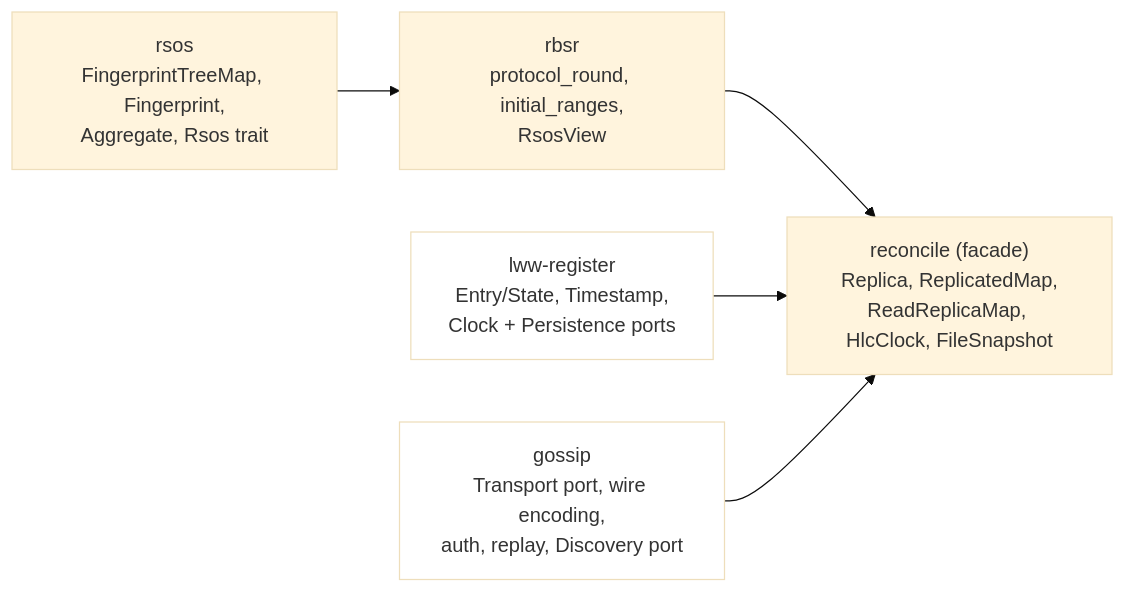
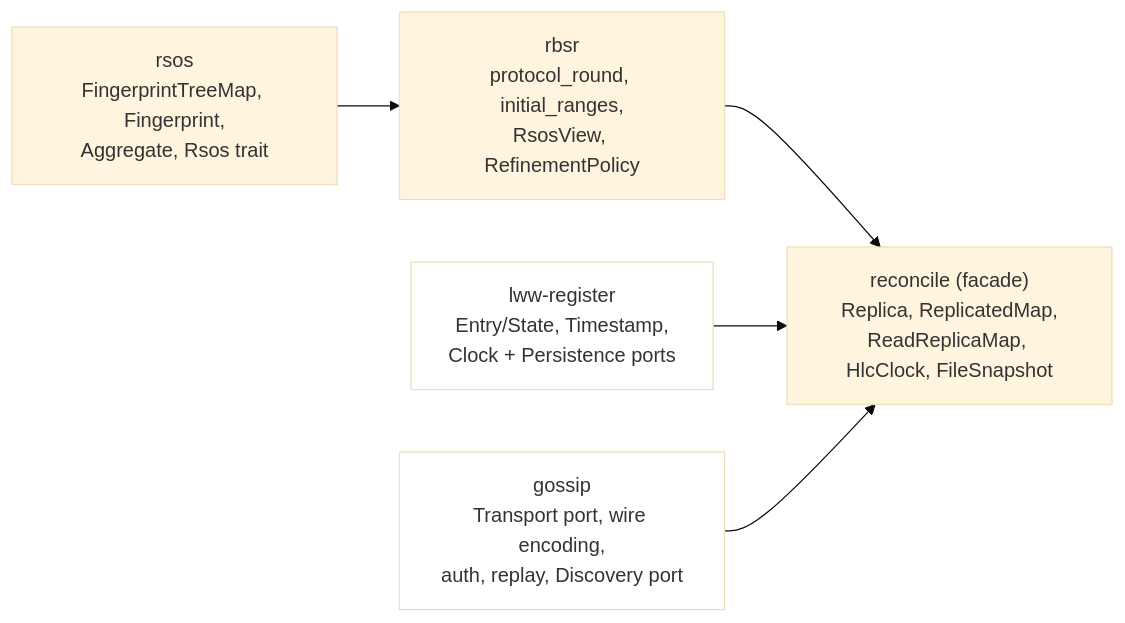
Before and after one commit to Akvize/reconcile-rs: the first of 2 diagrams in ARCHITECTURE.md, drawn with Mermaid (base theme). The commit also changed other lines of this file and 9 other files, not shown here.

````diff
--- a/ARCHITECTURE.md
+++ b/ARCHITECTURE.md
@@ -39,16 +41,16 @@
 ```mermaid
 flowchart LR
     rsos["rsos\nFingerprintTreeMap, Fingerprint,\nAggregate, Rsos trait"]
-    rbsr["rbsr\nprotocol_round, initial_ranges,\nRsosView"]
+    rbsr["rbsr\nprotocol_round, initial_ranges,\nRsosView, RefinementPolicy"]
     lww["lww-register\nEntry/State, Timestamp,\nClock + Persistence ports"]
     gossip["gossip\nTransport port, wire encoding,\nauth, replay, Discovery port"]
     reconcile["reconcile (facade)\nReplica, ReplicatedMap,\nReadReplicaMap, HlcClock, FileSnapshot"]
 
     rsos --> rbsr
     rbsr --> reconcile
     lww --> reconcile
     gossip --> reconcile
 
     style gossip fill:#00000000
     style lww fill:#00000000
 ```
````
